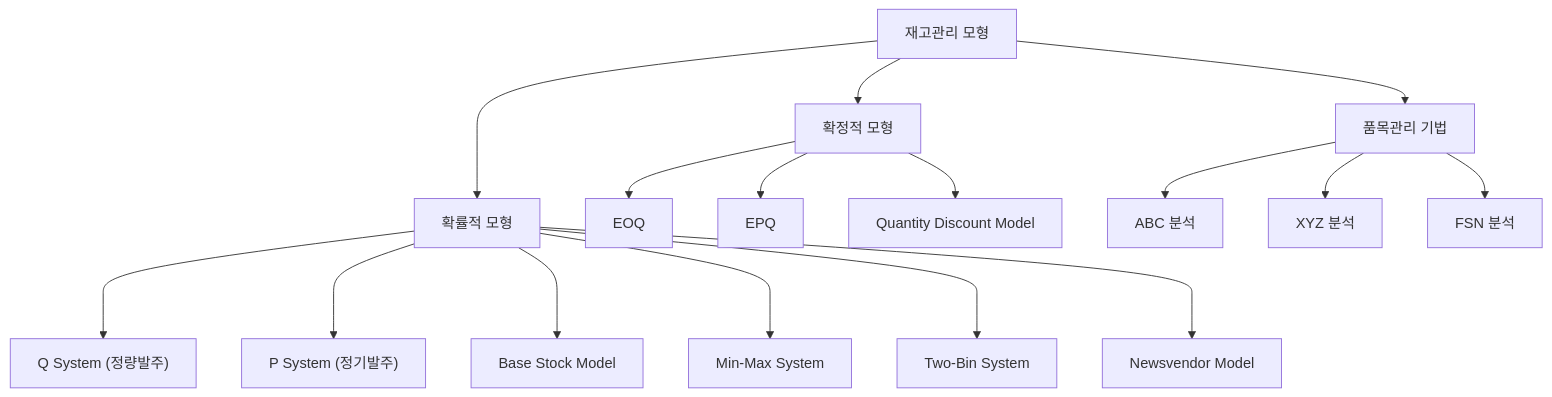
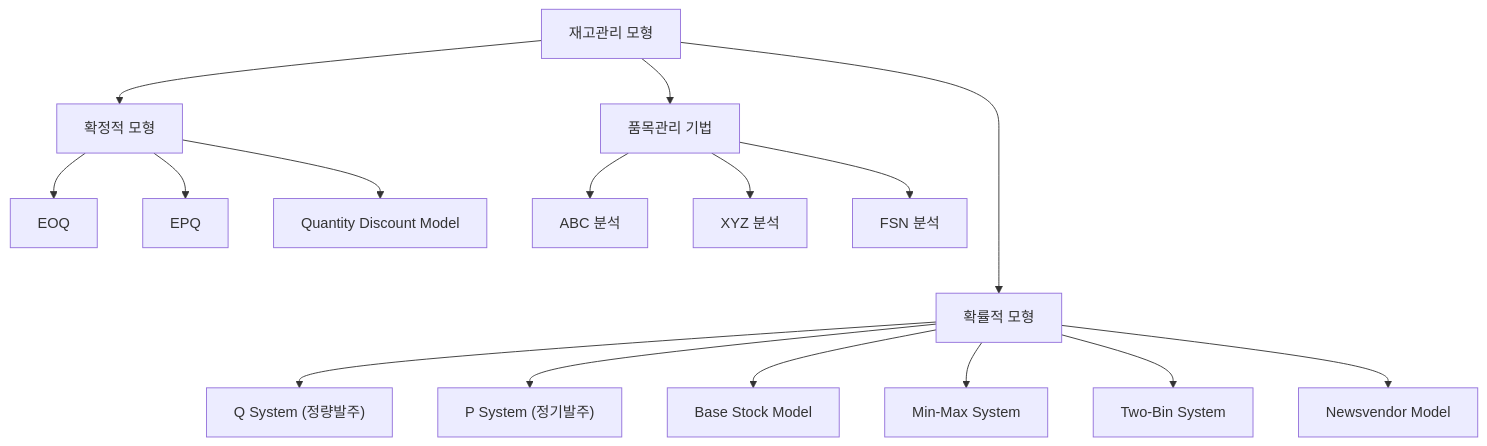
Before and after one commit to yeonkyupark/pepc3e: the fourth of 4 diagrams in docs/0204_logistics_material_and_inventory_management.md, drawn with Mermaid. The commit also changed other lines of this file, not shown here.

````diff
--- a/docs/0204_logistics_material_and_inventory_management.md
+++ b/docs/0204_logistics_material_and_inventory_management.md
@@ -354,24 +356,24 @@
 ```mermaid
 flowchart TB
 
     A["재고관리 모형"]
 
     A --> B["확정적 모형"]
-    A ---> C["확률적 모형"]
+    A ----> C["확률적 모형"]
     A --> D["품목관리 기법"]
 
     B --> B1["EOQ"]
     B --> B2["EPQ"]
     B --> B3["Quantity Discount Model"]
 
-    C ---> C1["Q System (정량발주)"]
-    C ---> C2["P System (정기발주)"]
-    C ---> C3["Base Stock Model"]
-    C ---> C4["Min-Max System"]
-    C ---> C5["Two-Bin System"]
-    C ---> C6["Newsvendor Model"]
+    C --> C1["Q System (정량발주)"]
+    C --> C2["P System (정기발주)"]
+    C --> C3["Base Stock Model"]
+    C --> C4["Min-Max System"]
+    C --> C5["Two-Bin System"]
+    C --> C6["Newsvendor Model"]
 
     D --> D1["ABC 분석"]
     D --> D2["XYZ 분석"]
     D --> D3["FSN 분석"]
 ```
````
